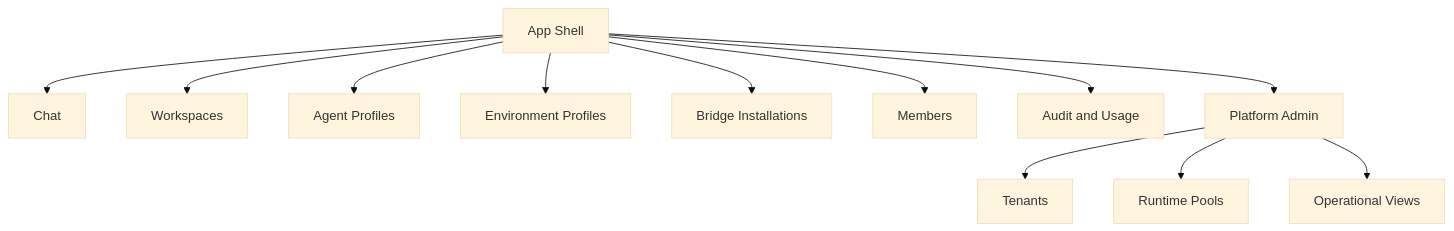
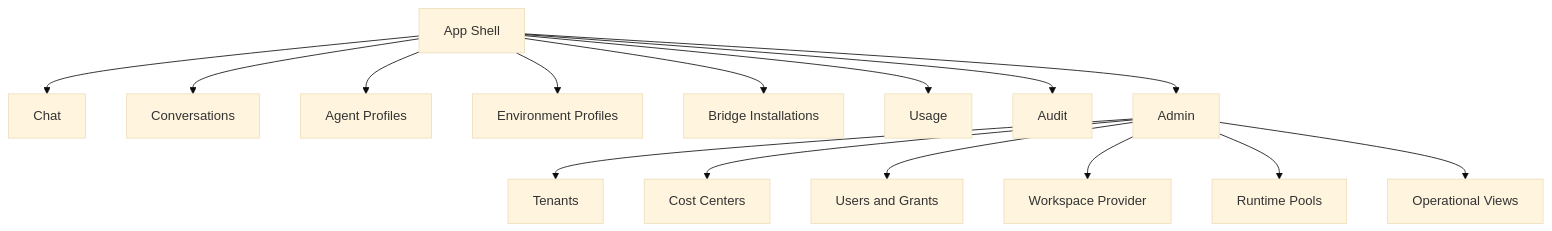
The diagram in packages/ya-agent-platform/spec/009-web-ui.md (Wh1isper/ya-mono), drawn with Mermaid (base theme) before and after one commit. The commit also changed other lines of this file and 24 other files, not shown here.

````diff
--- a/packages/ya-agent-platform/spec/009-web-ui.md
+++ b/packages/ya-agent-platform/spec/009-web-ui.md
@@ -17,15 +18,18 @@
 ```mermaid
 flowchart TB
     ROOT[App Shell] --> CHAT[Chat]
-    ROOT --> WORKSPACES[Workspaces]
+    ROOT --> CONV[Conversations]
     ROOT --> AGENTS[Agent Profiles]
     ROOT --> ENV[Environment Profiles]
     ROOT --> BRIDGES[Bridge Installations]
-    ROOT --> MEMBERS[Members]
-    ROOT --> AUDIT[Audit and Usage]
-    ROOT --> PLATFORM[Platform Admin]
+    ROOT --> USAGE[Usage]
+    ROOT --> AUDIT[Audit]
+    ROOT --> ADMIN[Admin]
 
-    PLATFORM --> TENANTS[Tenants]
-    PLATFORM --> POOLS[Runtime Pools]
-    PLATFORM --> INCIDENTS[Operational Views]
+    ADMIN --> TENANTS[Tenants]
+    ADMIN --> COST[Cost Centers]
+    ADMIN --> USERS[Users and Grants]
+    ADMIN --> PROVIDER[Workspace Provider]
+    ADMIN --> POOLS[Runtime Pools]
+    ADMIN --> INCIDENTS[Operational Views]
 ```
````
